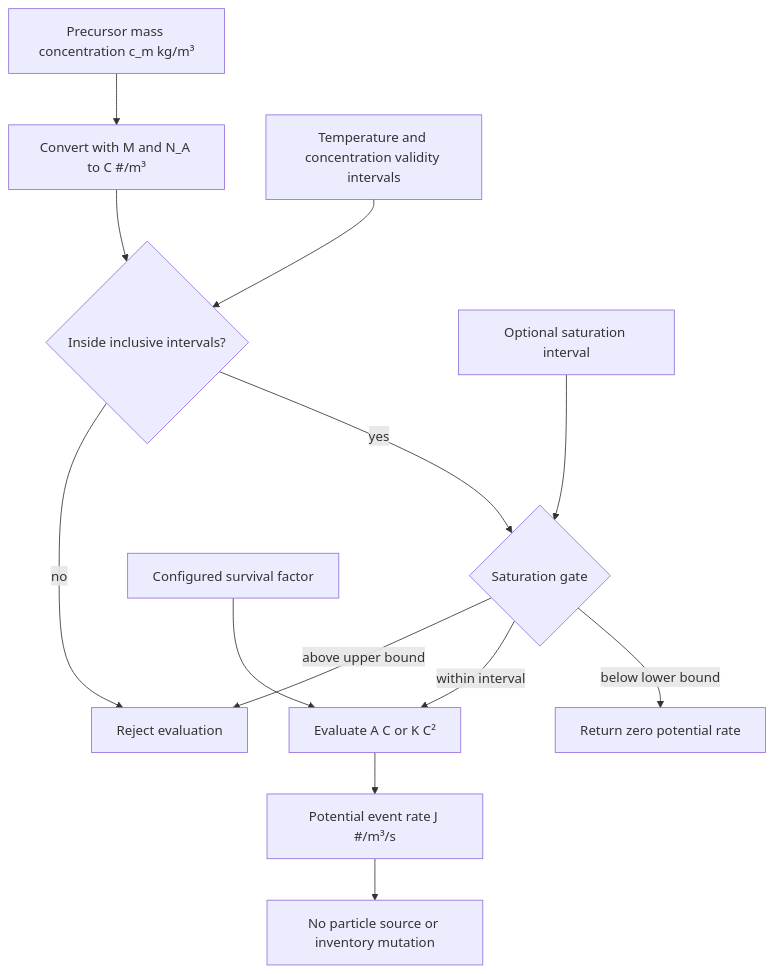
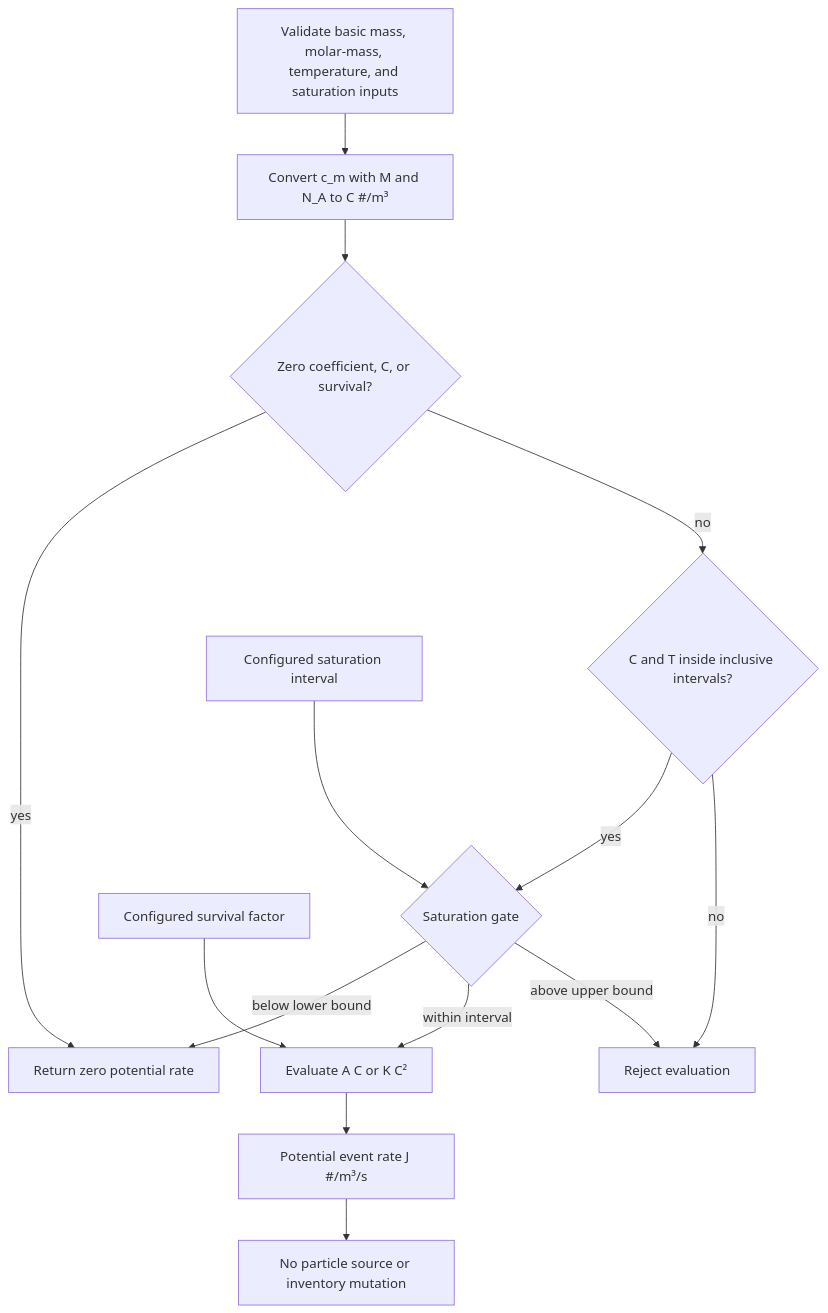
Before and after one commit to mahf708/particula: the diagram in docs/Theory/Technical/Dynamics/Nucleation_Equations.md, drawn with Mermaid. The commit also changed other lines of this file and 3 other files, not shown here.

````diff
--- a/docs/Theory/Technical/Dynamics/Nucleation_Equations.md
+++ b/docs/Theory/Technical/Dynamics/Nucleation_Equations.md
@@ -167,15 +167,16 @@
 ```mermaid
 flowchart TD
-    M[Precursor mass concentration c_m kg/m³] --> C[Convert with M and N_A to C #/m³]
-    T[Temperature and concentration validity intervals] --> G{Inside inclusive intervals?}
-    C --> G
-    S[Optional saturation interval] --> SG{Saturation gate}
+    I[Validate basic mass, molar-mass, temperature, and saturation inputs] --> C[Convert c_m with M and N_A to C #/m³]
+    C --> ZC{Zero coefficient, C, or survival?}
+    ZC -->|yes| Z[Return zero potential rate]
+    ZC -->|no| G{C and T inside inclusive intervals?}
+    S[Configured saturation interval] --> SG{Saturation gate}
     G -->|yes| SG
-    SG -->|below lower bound| Z[Return zero potential rate]
+    SG -->|below lower bound| Z
     SG -->|within interval| R[Evaluate A C or K C²]
     F[Configured survival factor] --> R
     R --> P[Potential event rate J #/m³/s]
     G -->|no| X[Reject evaluation]
     SG -->|above upper bound| X
     P --> B[No particle source or inventory mutation]
 ```
````
